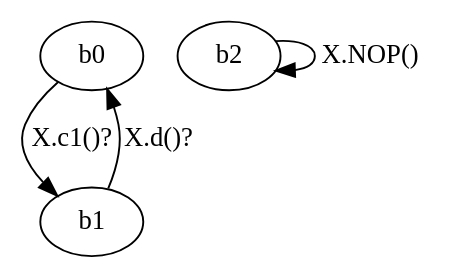
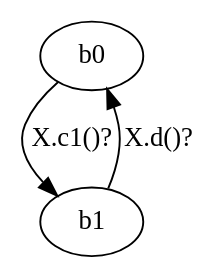
Before and after one commit to nargeskh/ControllerSynthesis: the diagram in IO/outputPaperExample/compB.gv, drawn with Graphviz. The commit also changed 122 other files, not shown here.

```diff
--- a/IO/outputPaperExample/compB.gv
+++ b/IO/outputPaperExample/compB.gv
@@ -1,3 +1,3 @@
 digraph { 
-b0->b1[label= "X.c1()?"];b1->b0[label= "X.d()?"];b2->b2[label= "X.NOP()"];
+b0->b1[label= "X.c1()?"];b1->b0[label= "X.d()?"];
 }
```
